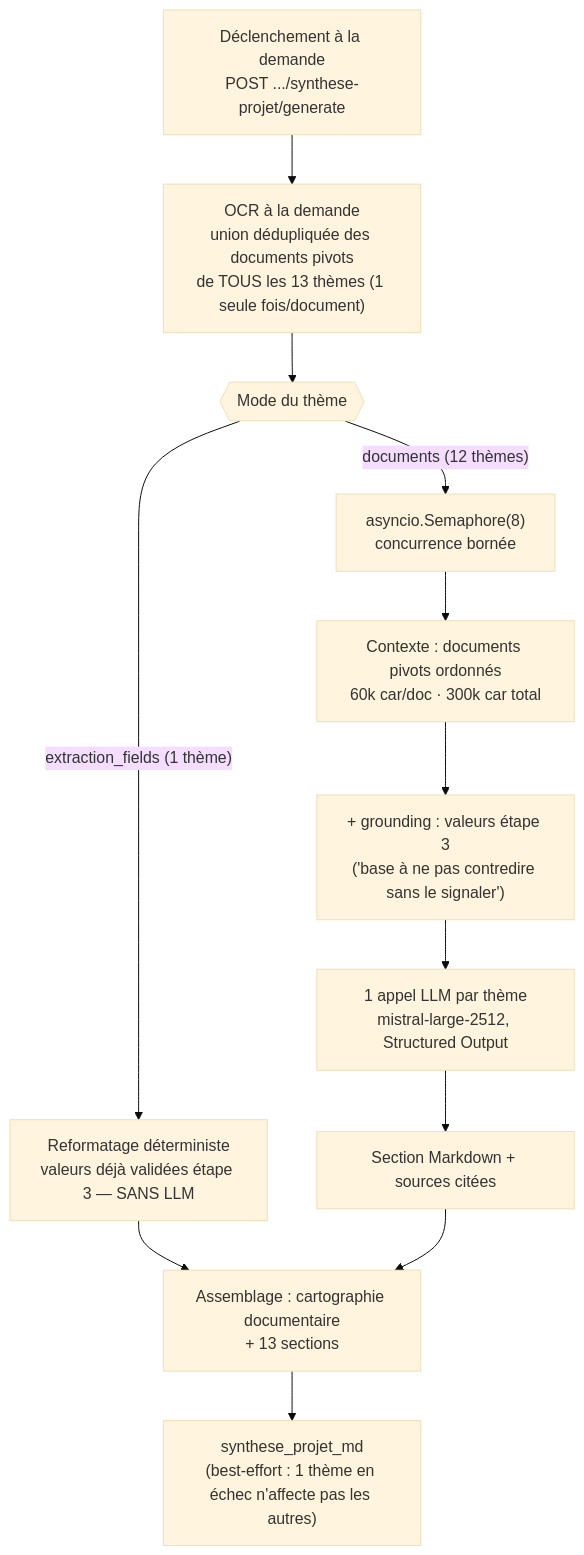
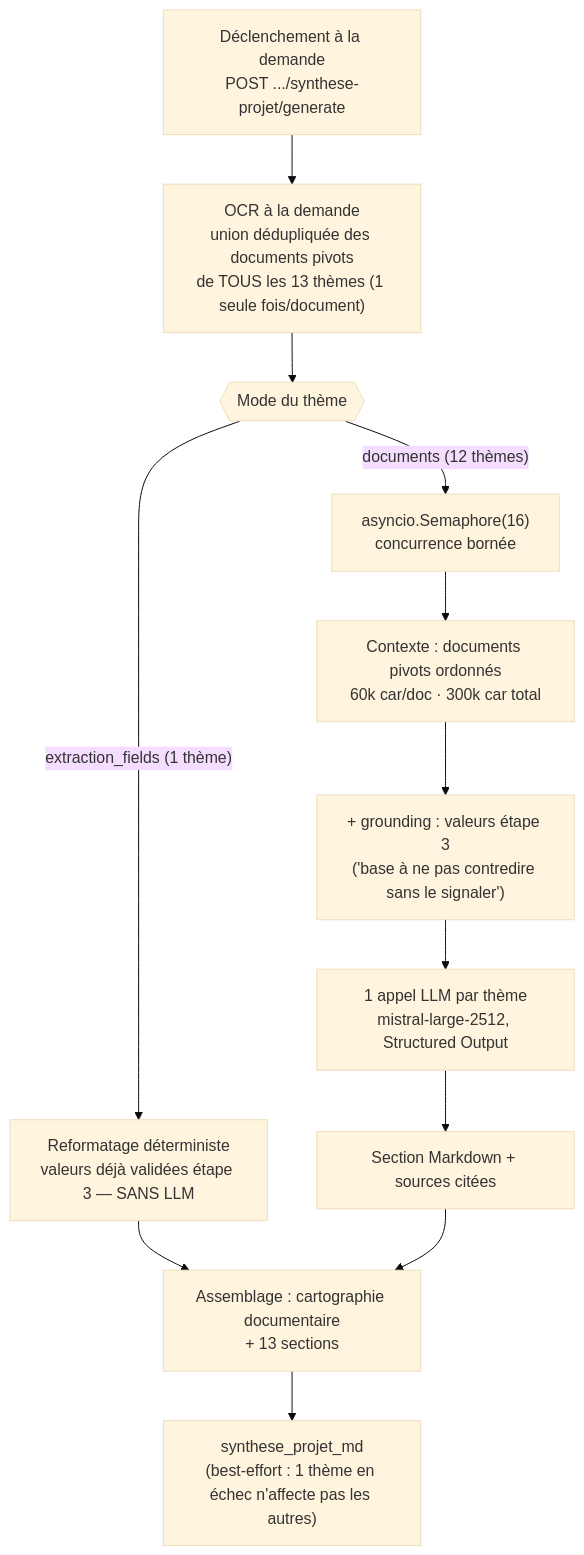
The eighth of 9 diagrams in docs/ARCHITECTURE.md (louisclzzzzzzz/AOP-app-v2), drawn with Mermaid (base theme) before and after one commit. The commit also changed other lines of this file and 2 other files, not shown here.

First line of the commit message:
Relève la concurrence LLM de la Phase 1/2 (synthèse/audit) de 8 à 16

````diff
--- a/docs/ARCHITECTURE.md
+++ b/docs/ARCHITECTURE.md
@@ -451,15 +451,15 @@
 ```mermaid
 flowchart TD
     TRIGGER["Déclenchement à la demande<br/>POST .../synthese-projet/generate"] --> OCRPHASE["OCR à la demande<br/>union dédupliquée des documents pivots<br/>de TOUS les 13 thèmes (1 seule fois/document)"]
     OCRPHASE --> SPLIT{{"Mode du thème"}}
     SPLIT -->|"extraction_fields (1 thème)"| FMT["Reformatage déterministe<br/>valeurs déjà validées étape 3 — SANS LLM"]
-    SPLIT -->|"documents (12 thèmes)"| SEM["asyncio.Semaphore(8)<br/>concurrence bornée"]
+    SPLIT -->|"documents (12 thèmes)"| SEM["asyncio.Semaphore(16)<br/>concurrence bornée"]
     SEM --> CTX["Contexte : documents pivots ordonnés<br/>60k car/doc · 300k car total"]
     CTX --> GROUND["+ grounding : valeurs étape 3<br/>('base à ne pas contredire sans le signaler')"]
     GROUND --> LLMCALL["1 appel LLM par thème<br/>mistral-large-2512, Structured Output"]
     LLMCALL --> SECTION["Section Markdown + sources citées"]
 
     FMT --> ASSEMBLE["Assemblage : cartographie documentaire<br/>+ 13 sections"]
     SECTION --> ASSEMBLE
     ASSEMBLE --> REPORT["synthese_projet_md<br/>(best-effort : 1 thème en échec n'affecte pas les autres)"]
 ```
````
